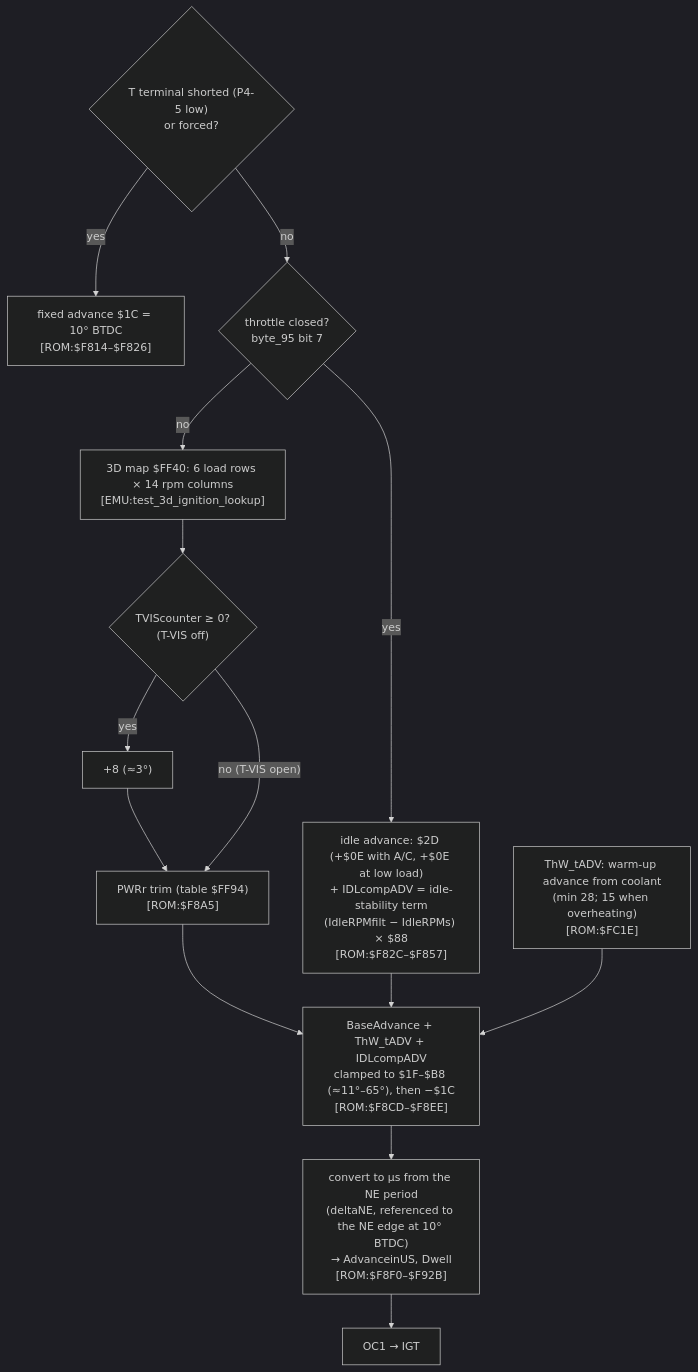
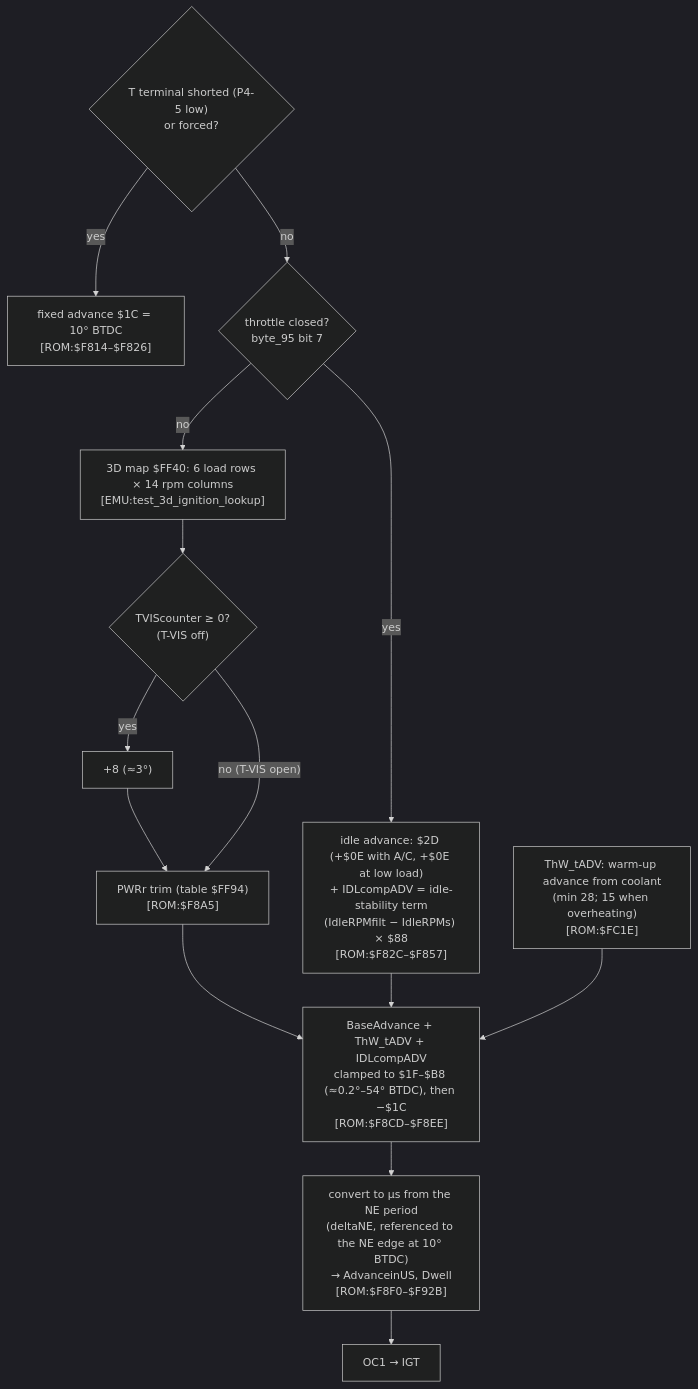
Before and after one commit to kurt-culley/Toyota-PCM-hacking: the second of 2 diagrams in docs/bluetop/fuel_chain.md, drawn with Mermaid (dark theme). The commit also changed 3 other files, not shown here.

````diff
--- a/docs/bluetop/fuel_chain.md
+++ b/docs/bluetop/fuel_chain.md
@@ -54,15 +54,15 @@
 ```mermaid
 flowchart TD
   TEST{"T terminal shorted (P4-5 low)<br/>or forced?"} -->|yes| FIX["fixed advance $1C = 10° BTDC<br/>[ROM:$F814–$F826]"]
   TEST -->|no| IDL{"throttle closed?<br/>byte_95 bit 7"}
   IDL -->|yes| IDLE["idle advance: $2D (+$0E with A/C, +$0E at low load)<br/>+ IDLcompADV = idle-stability term<br/>(IdleRPMfilt − IdleRPMs) × $88<br/>[ROM:$F82C–$F857]"]
   IDL -->|no| MAP3["3D map $FF40: 6 load rows × 14 rpm columns<br/>[EMU:test_3d_ignition_lookup]"]
   MAP3 --> TVIS{"TVIScounter ≥ 0?<br/>(T-VIS off)"}
   TVIS -->|yes| TV8["+8 (≈3°)"] --> PWR
   TVIS -->|"no (T-VIS open)"| PWR["PWRr trim (table $FF94)<br/>[ROM:$F8A5]"]
   PWR --> SUM
   IDLE --> SUM
   WU["ThW_tADV: warm-up advance from coolant<br/>(min 28; 15 when overheating)<br/>[ROM:$FC1E]"] --> SUM
-  SUM["BaseAdvance + ThW_tADV + IDLcompADV<br/>clamped to $1F–$B8 (≈11°–65°), then −$1C<br/>[ROM:$F8CD–$F8EE]"] --> US["convert to µs from the NE period<br/>(deltaNE, referenced to the NE edge at 10° BTDC)<br/>→ AdvanceinUS, Dwell<br/>[ROM:$F8F0–$F92B]"]
+  SUM["BaseAdvance + ThW_tADV + IDLcompADV<br/>clamped to $1F–$B8 (≈0.2°–54° BTDC), then −$1C<br/>[ROM:$F8CD–$F8EE]"] --> US["convert to µs from the NE period<br/>(deltaNE, referenced to the NE edge at 10° BTDC)<br/>→ AdvanceinUS, Dwell<br/>[ROM:$F8F0–$F92B]"]
   US --> IGT["OC1 → IGT"]
 ```
````
